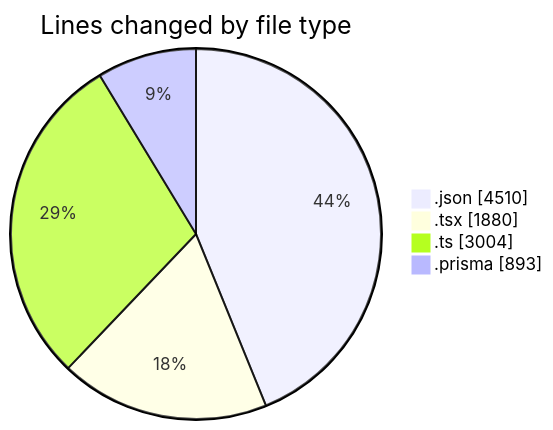
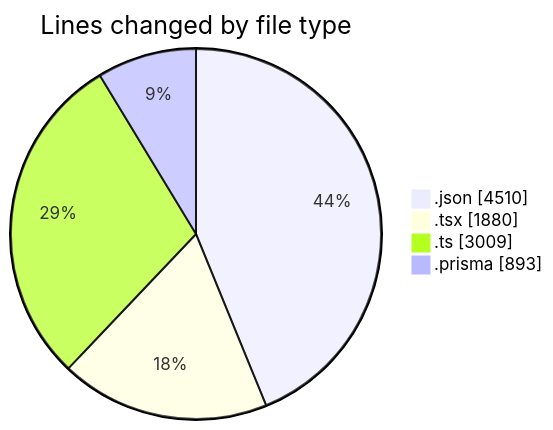
Before and after one commit to CELIANVF/code-tracking: the first of 2 diagrams in 2025-05-05/ecodeli/README.md, drawn with Mermaid. The commit also changed other lines of this file and 1 other file, not shown here.

````diff
--- a/2025-05-05/ecodeli/README.md
+++ b/2025-05-05/ecodeli/README.md
@@ -38,8 +39,8 @@
 ```mermaid
 pie showData
 title Lines changed by file type
 ".json" : 4510
 ".tsx" : 1880
-".ts" : 3004
+".ts" : 3009
 ".prisma" : 893
 ```
````
